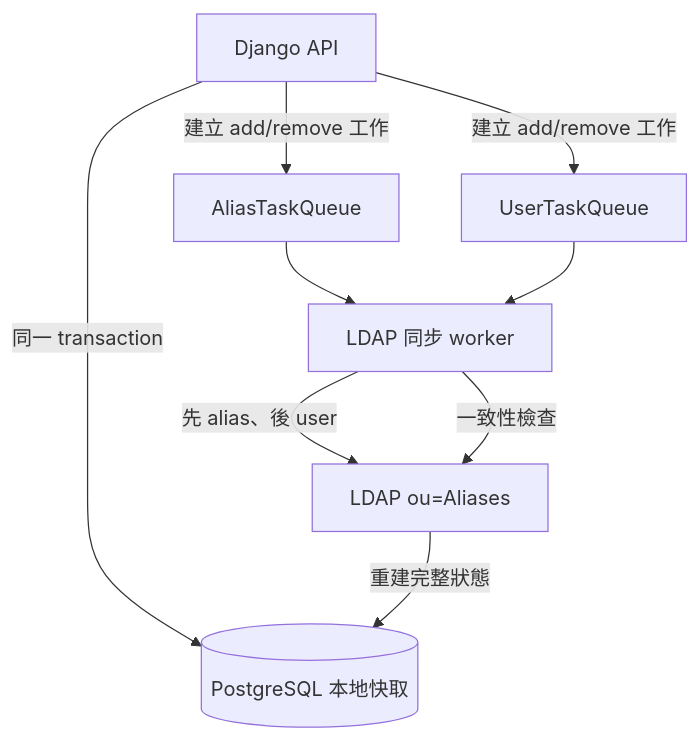
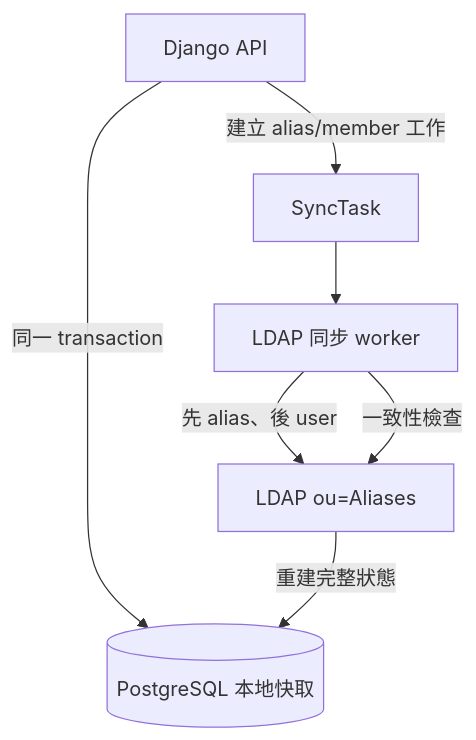
One commit to QWERTYPIG/2026-NASA3-Mail-Subscription changed the second of 3 diagrams in docs/01-architecture.md. Above: the diagram before and after it, drawn with Mermaid. The commit also changed other lines of this file and 12 other files, not shown here.

First line of the commit message:
feat: merge the two task queues and update DB schema

````diff
--- a/docs/01-architecture.md
+++ b/docs/01-architecture.md
@@ -51,11 +51,9 @@
 ```mermaid
 flowchart TD
     API[Django API] -->|同一 transaction| CacheDB[(PostgreSQL 本地快取)]
-    API -->|建立 add/remove 工作| AliasQ[AliasTaskQueue]
-    API -->|建立 add/remove 工作| UserQ[UserTaskQueue]
-    AliasQ --> Worker[LDAP 同步 worker]
-    UserQ --> Worker
+    API -->|建立 alias/member 工作| SyncQ[SyncTask]
+    SyncQ --> Worker[LDAP 同步 worker]
     Worker -->|先 alias、後 user| LDAP[LDAP ou=Aliases]
     Worker -->|一致性檢查| LDAP
     LDAP -->|重建完整狀態| CacheDB
 ```
````
